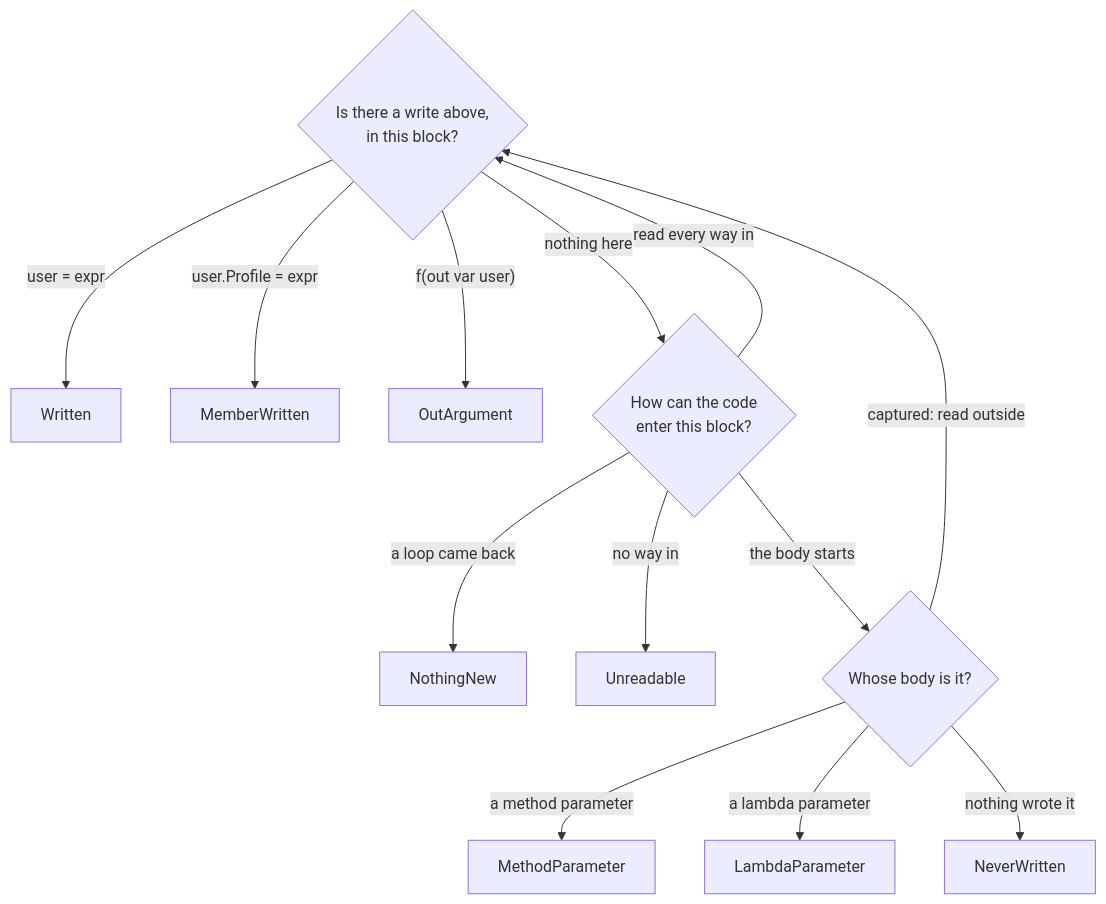
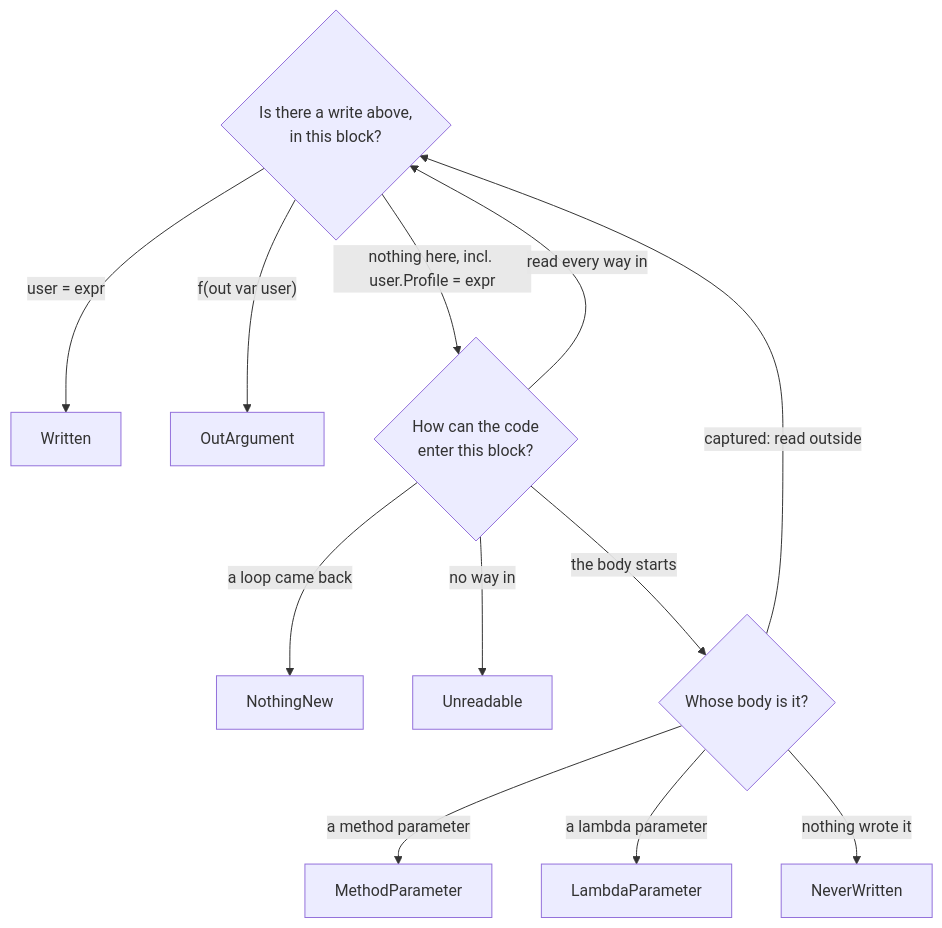
The second of 2 diagrams in src/Saritasa.Tools.CodeAnalyzers/Analyzers/NavigationInclude/README.md (saritasa-nest/saritasa-dotnet-tools), drawn with Mermaid before and after one commit. The commit also changed other lines of this file and 4 other files, not shown here.

Commit message:
Remove Write.MemberWritten case SM-993

````diff
--- a/src/Saritasa.Tools.CodeAnalyzers/Analyzers/NavigationInclude/README.md
+++ b/src/Saritasa.Tools.CodeAnalyzers/Analyzers/NavigationInclude/README.md
@@ -178,21 +178,20 @@
 ```mermaid
 flowchart TD
     BLOCK{"Is there a write above,<br/>in this block?"}
     WAYSIN{"How can the code<br/>enter this block?"}
     BODY{"Whose body is it?"}
 
     BLOCK -->|"user = expr"| WRITTEN["Written"]
-    BLOCK -->|"user.Profile = expr"| MEMBER["MemberWritten"]
     BLOCK -->|"f(out var user)"| OUT["OutArgument"]
-    BLOCK -->|"nothing here"| WAYSIN
+    BLOCK -->|"nothing here, incl. user.Profile = expr"| WAYSIN
 
     WAYSIN -->|"read every way in"| BLOCK
     WAYSIN -->|"a loop came back"| NOTHING["NothingNew"]
     WAYSIN -->|"no way in"| UNREADABLE["Unreadable"]
     WAYSIN -->|"the body starts"| BODY
 
     BODY -->|"a method parameter"| PARAMETER["MethodParameter"]
     BODY -->|"a lambda parameter"| LAMBDA["LambdaParameter"]
     BODY -->|"captured: read outside"| BLOCK
     BODY -->|"nothing wrote it"| NEVER["NeverWritten"]
 ```
````
